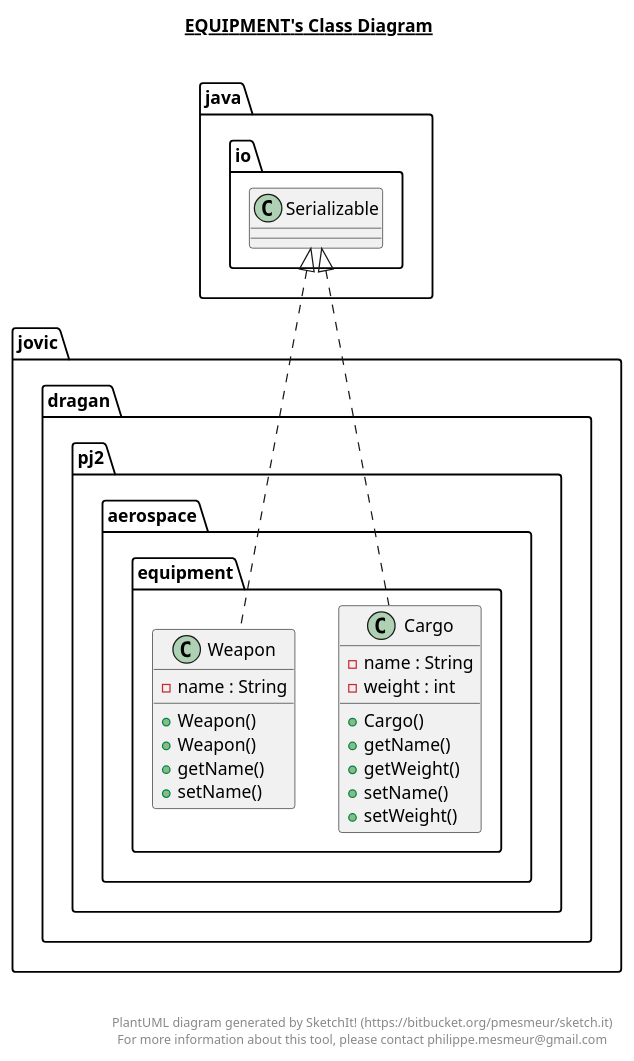
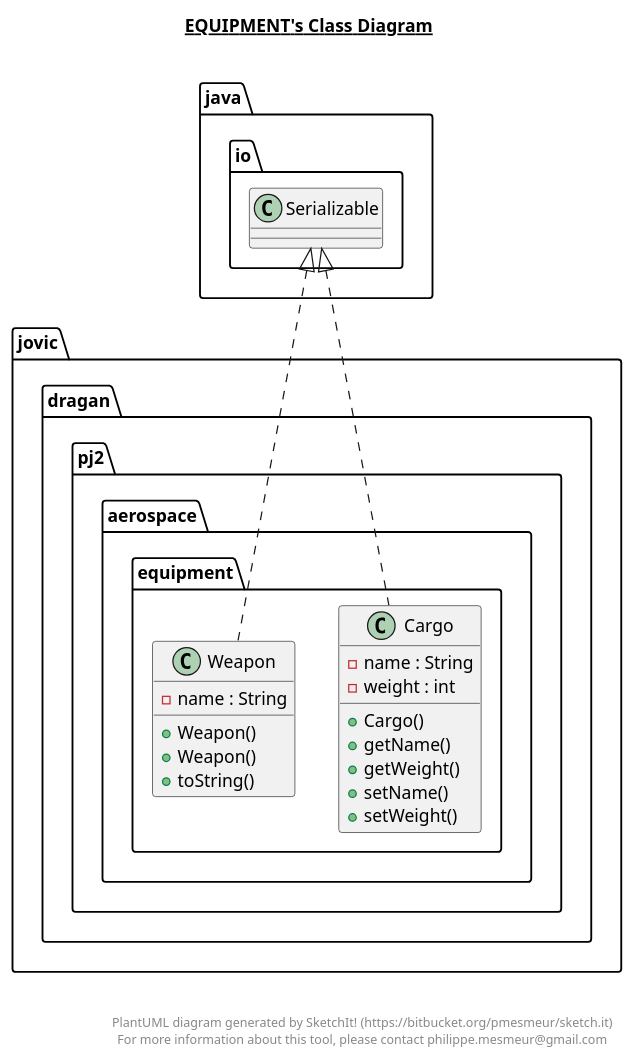
The diagram in src/jovic/dragan/pj2/aerospace/equipment/equipment.plantuml (Coki32/PJ2_Projektni), drawn with PlantUML before and after one commit. The commit also changed 51 other files, not shown here.

```diff
--- a/src/jovic/dragan/pj2/aerospace/equipment/equipment.plantuml
+++ b/src/jovic/dragan/pj2/aerospace/equipment/equipment.plantuml
@@ -1,44 +1,43 @@
 @startuml
 
 title __EQUIPMENT's Class Diagram__\n
 
   namespace jovic.dragan.pj2.aerospace {
     namespace equipment {
       class jovic.dragan.pj2.aerospace.equipment.Cargo {
           - name : String
           - weight : int
           + Cargo()
           + getName()
           + getWeight()
           + setName()
           + setWeight()
       }
     }
   }
   
 
   namespace jovic.dragan.pj2.aerospace {
     namespace equipment {
       class jovic.dragan.pj2.aerospace.equipment.Weapon {
           - name : String
           + Weapon()
           + Weapon()
-          + getName()
-          + setName()
+          + toString()
       }
     }
   }
   
 
   jovic.dragan.pj2.aerospace.equipment.Cargo .up.|> java.io.Serializable
   jovic.dragan.pj2.aerospace.equipment.Weapon .up.|> java.io.Serializable
 
 
 right footer
 
 
 PlantUML diagram generated by SketchIt! (https://bitbucket.org/pmesmeur/sketch.it)
 For more information about this tool, please contact philippe.mesmeur@gmail.com
 endfooter
 
 @enduml
```
